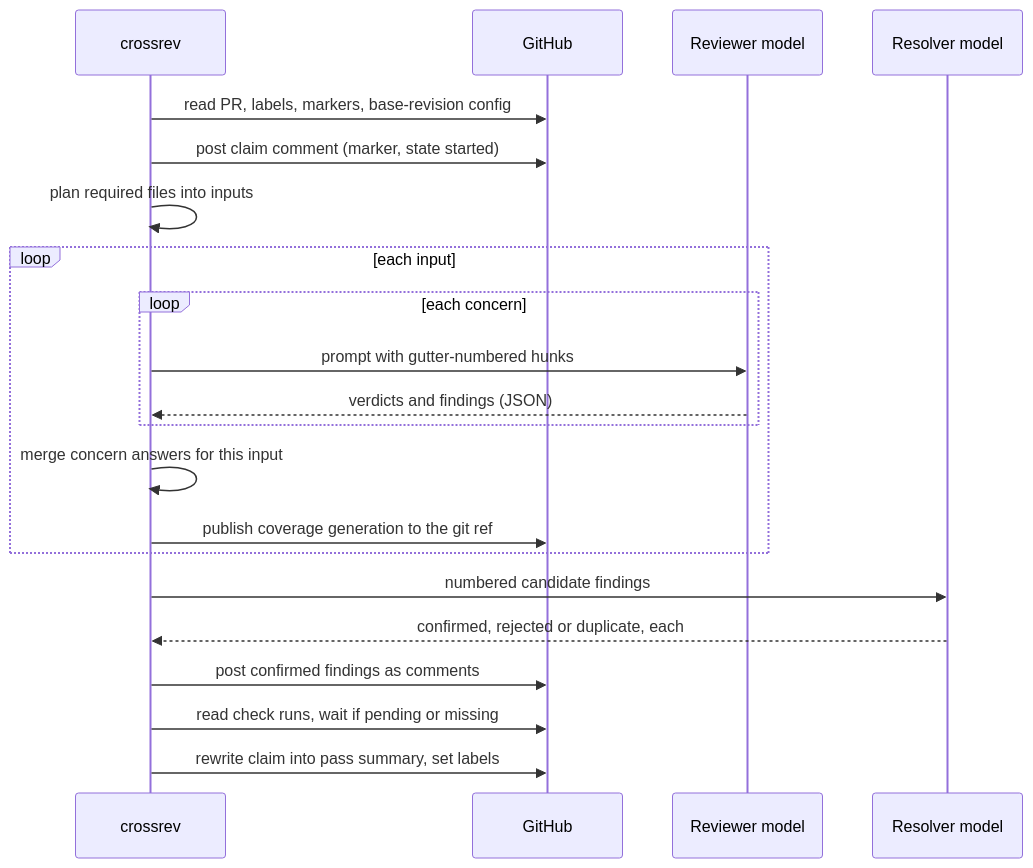
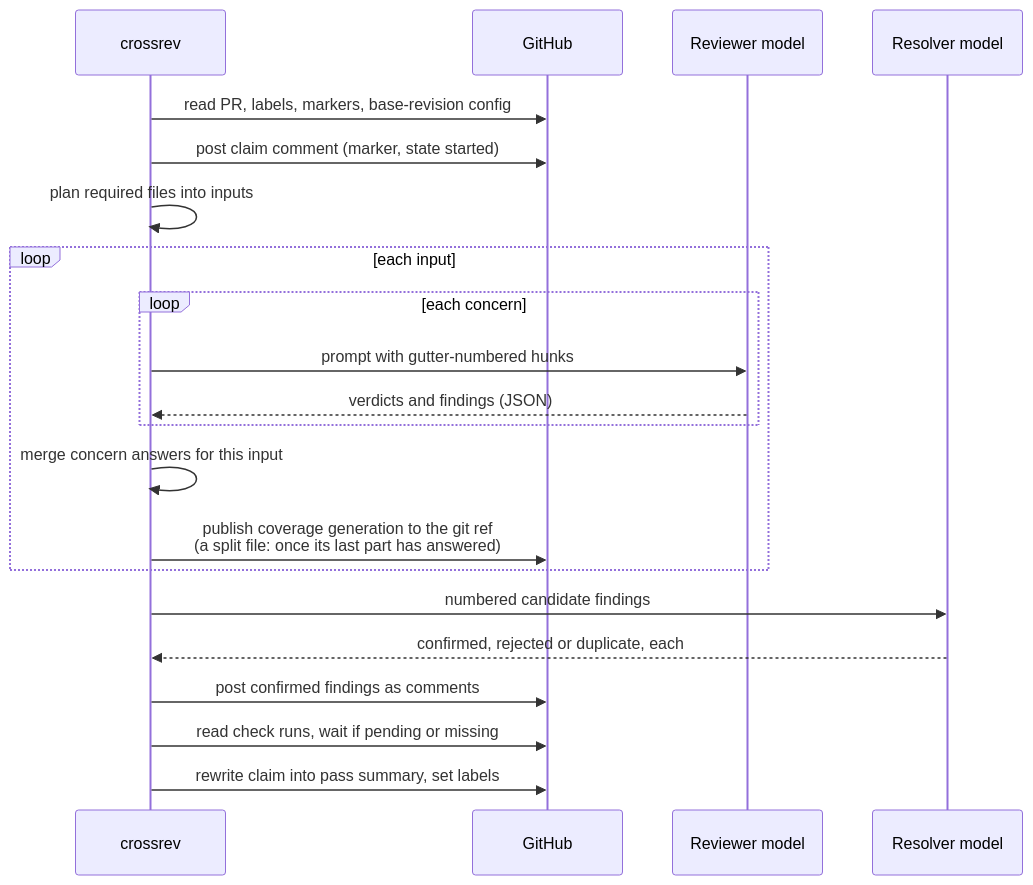
Before and after one commit to carlosboeing/crossrev: the third of 7 diagrams in docs/architecture.md, drawn with Mermaid. The commit also changed other lines of this file, not shown here.

Commit message:
docs(architecture): align two diagrams with the corrected text
- Split-file coverage publishes once its last part answers
- No-push resolve with unmet coverage also hands back to review

Claude-Session: https://claude.ai/code/session_016RYRNpjt4FAG7wApTEqhLw

````diff
--- a/docs/architecture.md
+++ b/docs/architecture.md
@@ -110,23 +110,23 @@
 ```mermaid
 sequenceDiagram
     participant O as crossrev
     participant G as GitHub
     participant R as Reviewer model
     participant C as Resolver model
     O->>G: read PR, labels, markers, base-revision config
     O->>G: post claim comment (marker, state started)
     O->>O: plan required files into inputs
     loop each input
         loop each concern
             O->>R: prompt with gutter-numbered hunks
             R-->>O: verdicts and findings (JSON)
         end
         O->>O: merge concern answers for this input
-        O->>G: publish coverage generation to the git ref
+        O->>G: publish coverage generation to the git ref<br/>(a split file: once its last part has answered)
     end
     O->>C: numbered candidate findings
     C-->>O: confirmed, rejected or duplicate, each
     O->>G: post confirmed findings as comments
     O->>G: read check runs, wait if pending or missing
     O->>G: rewrite claim into pass summary, set labels
 ```
````
